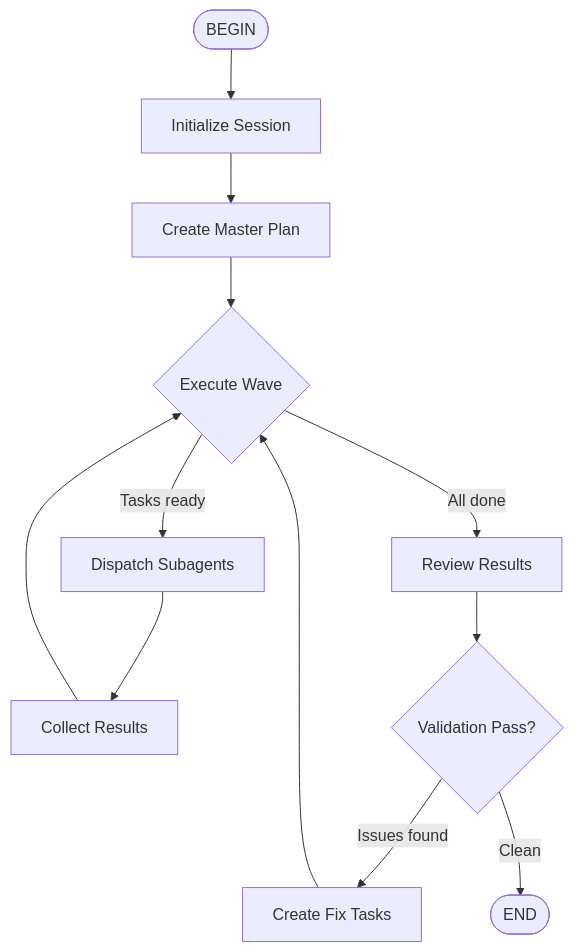
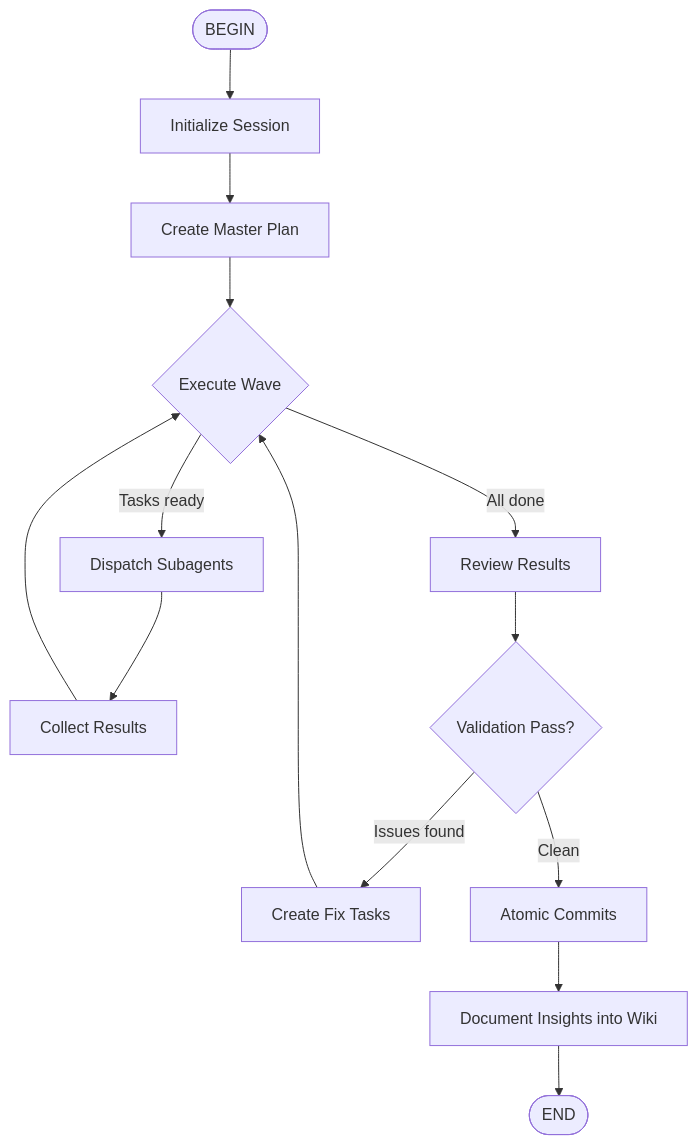
The diagram in coding-agents/kimi/skills/kimi-fleet-mini/SKILL.md (arisng/github-copilot-fc), drawn with Mermaid before and after one commit. The commit also changed other lines of this file, not shown here.

Commit message:
agent(skill): enhance kimi-fleet-mini skill to include atomic commits and wiki documentation steps

````diff
--- a/coding-agents/kimi/skills/kimi-fleet-mini/SKILL.md
+++ b/coding-agents/kimi/skills/kimi-fleet-mini/SKILL.md
@@ -16,14 +16,16 @@
 ```mermaid
 flowchart TD
     BEGIN([BEGIN]) --> INIT[Initialize Session]
     INIT --> PLAN[Create Master Plan]
     PLAN --> WAVE{Execute Wave}
     WAVE -->|Tasks ready| DISPATCH[Dispatch Subagents]
     WAVE -->|All done| REVIEW[Review Results]
     DISPATCH --> COLLECT[Collect Results]
     COLLECT --> WAVE
     REVIEW --> VALIDATE{Validation Pass?}
     VALIDATE -->|Issues found| FIX[Create Fix Tasks]
     FIX --> WAVE
-    VALIDATE -->|Clean| END([END])
+    VALIDATE -->|Clean| COMMIT[Atomic Commits]
+    COMMIT --> DOCUMENT[Document Insights into Wiki]
+    DOCUMENT --> END([END])
 ```
````
